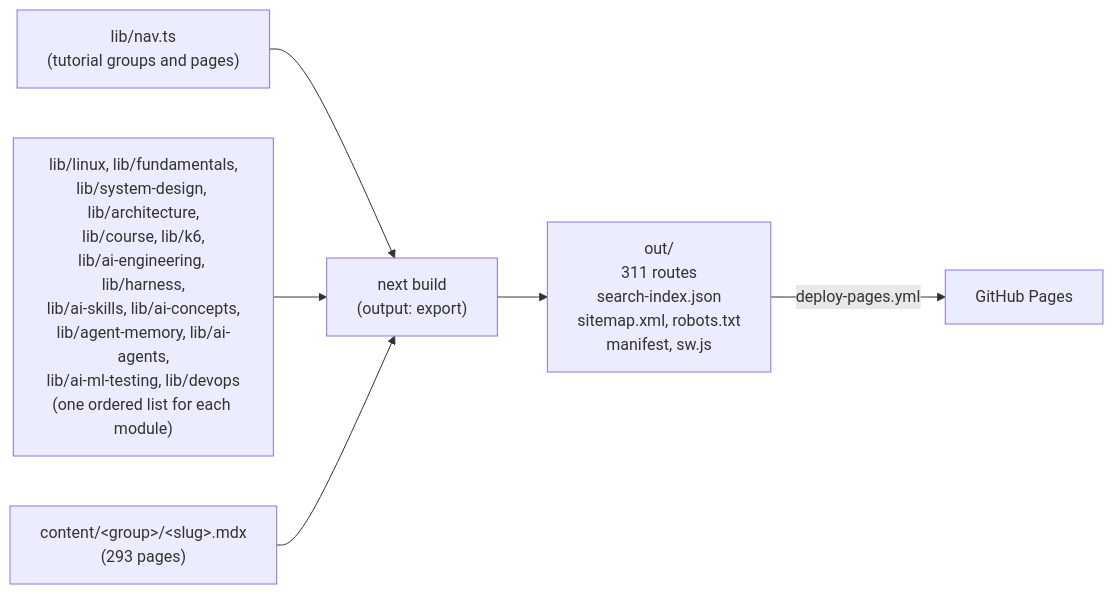
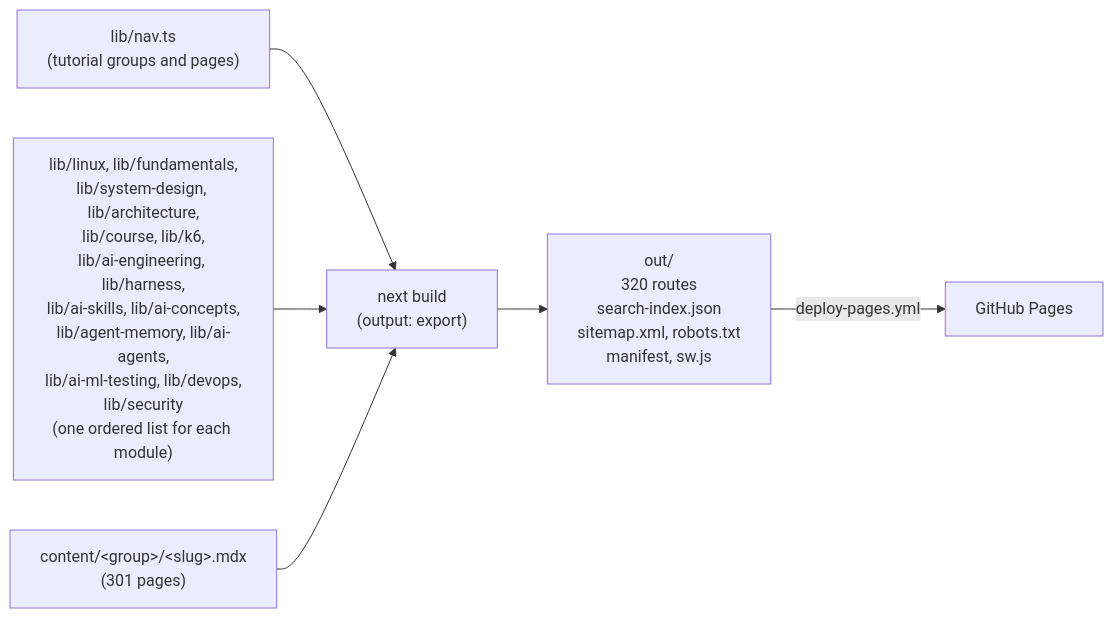
Before and after one commit to kawsar-95/ai-testing-guide: the diagram in docs/ARCHITECTURE.md, drawn with Mermaid. The commit also changed other lines of this file and 37 other files, not shown here.

First line of the commit message:
feat(security): add the Security Testing module

````diff
--- a/docs/ARCHITECTURE.md
+++ b/docs/ARCHITECTURE.md
@@ -9,15 +9,15 @@
 ```mermaid
 flowchart LR
   nav["lib/nav.ts<br/>(tutorial groups and pages)"]
-  mods["lib/linux, lib/fundamentals,<br/>lib/system-design, lib/architecture,<br/>lib/course, lib/k6,<br/>lib/ai-engineering, lib/harness,<br/>lib/ai-skills, lib/ai-concepts,<br/>lib/agent-memory, lib/ai-agents,<br/>lib/ai-ml-testing, lib/devops<br/>(one ordered list for each module)"]
-  mdx["content/&lt;group&gt;/&lt;slug&gt;.mdx<br/>(293 pages)"]
+  mods["lib/linux, lib/fundamentals,<br/>lib/system-design, lib/architecture,<br/>lib/course, lib/k6,<br/>lib/ai-engineering, lib/harness,<br/>lib/ai-skills, lib/ai-concepts,<br/>lib/agent-memory, lib/ai-agents,<br/>lib/ai-ml-testing, lib/devops,<br/>lib/security<br/>(one ordered list for each module)"]
+  mdx["content/&lt;group&gt;/&lt;slug&gt;.mdx<br/>(301 pages)"]
   build["next build<br/>(output: export)"]
-  out["out/<br/>311 routes<br/>search-index.json<br/>sitemap.xml, robots.txt<br/>manifest, sw.js"]
+  out["out/<br/>320 routes<br/>search-index.json<br/>sitemap.xml, robots.txt<br/>manifest, sw.js"]
   pages["GitHub Pages"]
 
   nav --> build
   mods --> build
   mdx --> build
   build --> out
   out -->|deploy-pages.yml| pages
 ```
````
